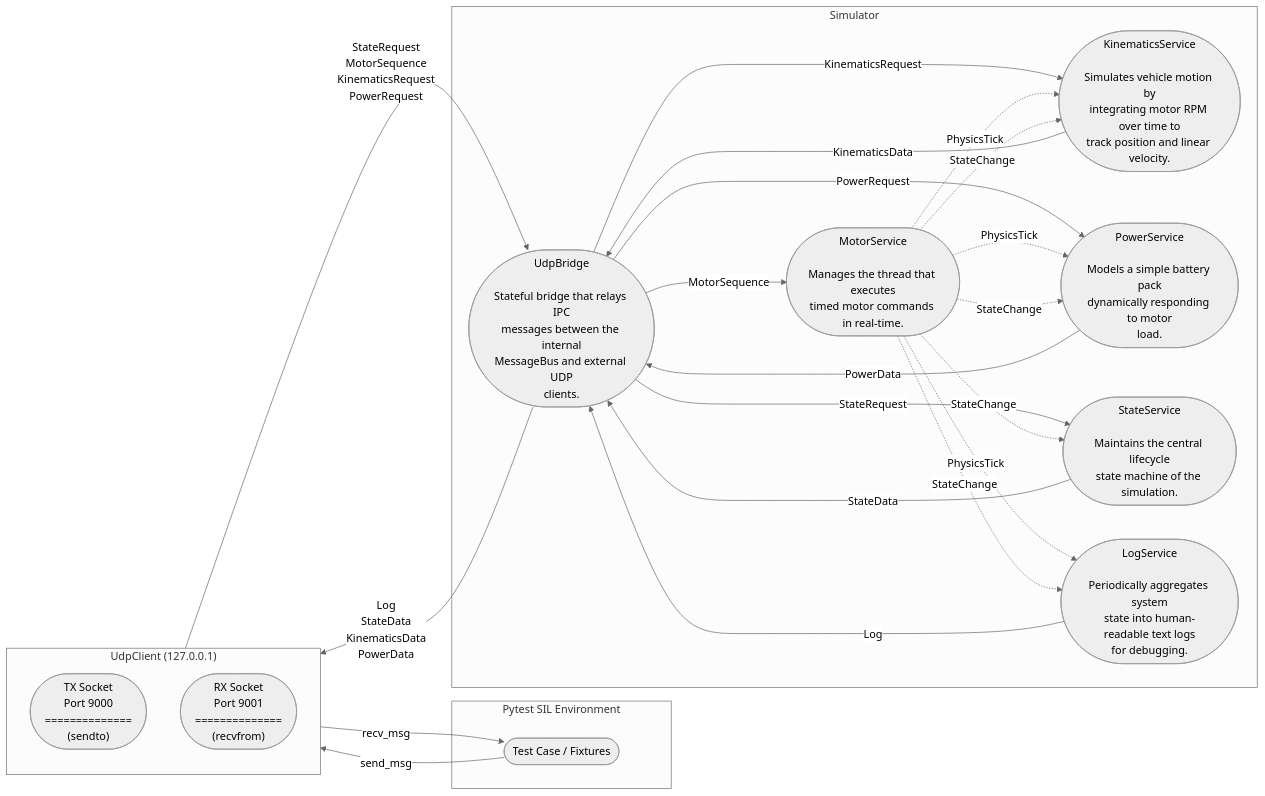
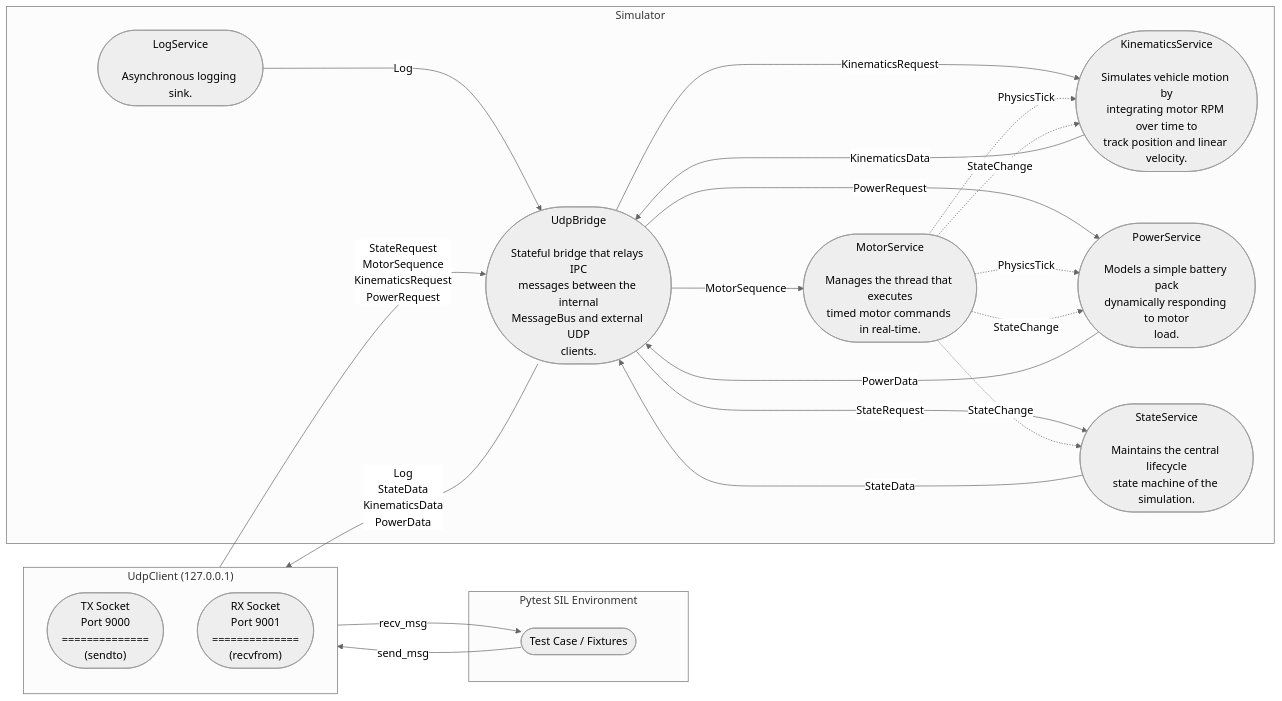
Before and after one commit to AxelBjork/reflect_pytest: the diagram in doc/ipc_protocol.md, drawn with Mermaid (neutral theme). The commit also changed other lines of this file and 19 other files, not shown here.

````diff
--- a/doc/ipc_protocol.md
+++ b/doc/ipc_protocol.md
@@ -43,48 +43,46 @@
 ```mermaid
 flowchart LR
     %% ─── COLUMN 1: Pytest Test Harness ───
     subgraph py["Pytest SIL Environment"]
         TestCase(["Test Case / Fixtures"])
     end
 
     %% ─── COLUMN 2: Python UDP Client & Kernel Routing ───
     subgraph net["UdpClient (127.0.0.1)"]
         direction TB
         TX(["TX Socket<br/>Port 9000<br/>==============<br/>(sendto)"])
         RX(["RX Socket<br/>Port 9001<br/>==============<br/>(recvfrom)"])
     end
 
     %% ─── COLUMN 3: C++ SUT ───
     subgraph sim["Simulator"]
         MotorService(["MotorService<br/><br/>Manages the thread that executes<br/>timed motor commands in real-time."])
         KinematicsService(["KinematicsService<br/><br/>Simulates vehicle motion by<br/>integrating motor RPM over time to<br/>track position and linear velocity."])
         PowerService(["PowerService<br/><br/>Models a simple battery pack<br/>dynamically responding to motor<br/>load."])
         StateService(["StateService<br/><br/>Maintains the central lifecycle<br/>state machine of the simulation."])
-        LogService(["LogService<br/><br/>Periodically aggregates system<br/>state into human-readable text logs<br/>for debugging."])
+        LogService(["LogService<br/><br/>Asynchronous logging sink."])
         UdpBridge(["UdpBridge<br/><br/>Stateful bridge that relays IPC<br/>messages between the internal<br/>MessageBus and external UDP<br/>clients."])
         %% Bridge Distribution
         LogService -->|Log| UdpBridge
         UdpBridge -->|StateRequest| StateService
         StateService -->|StateData| UdpBridge
         UdpBridge -->|MotorSequence| MotorService
         UdpBridge -->|KinematicsRequest| KinematicsService
         KinematicsService -->|KinematicsData| UdpBridge
         UdpBridge -->|PowerRequest| PowerService
         PowerService -->|PowerData| UdpBridge
         MotorService -.->|PhysicsTick| KinematicsService
         MotorService -.->|PhysicsTick| PowerService
-        MotorService -.->|PhysicsTick| LogService
         MotorService -.->|StateChange| KinematicsService
         MotorService -.->|StateChange| PowerService
         MotorService -.->|StateChange| StateService
-        MotorService -.->|StateChange| LogService
     end
 
     %% ─── INBOUND PATH ───
     TestCase -->|send_msg| TX
     TX -->|"StateRequest<br/>MotorSequence<br/>KinematicsRequest<br/>PowerRequest"| UdpBridge
 
     %% ─── OUTBOUND PATH ───
     UdpBridge -->|"Log<br/>StateData<br/>KinematicsData<br/>PowerData"| RX
     RX -->|recv_msg| TestCase
 ```
````
